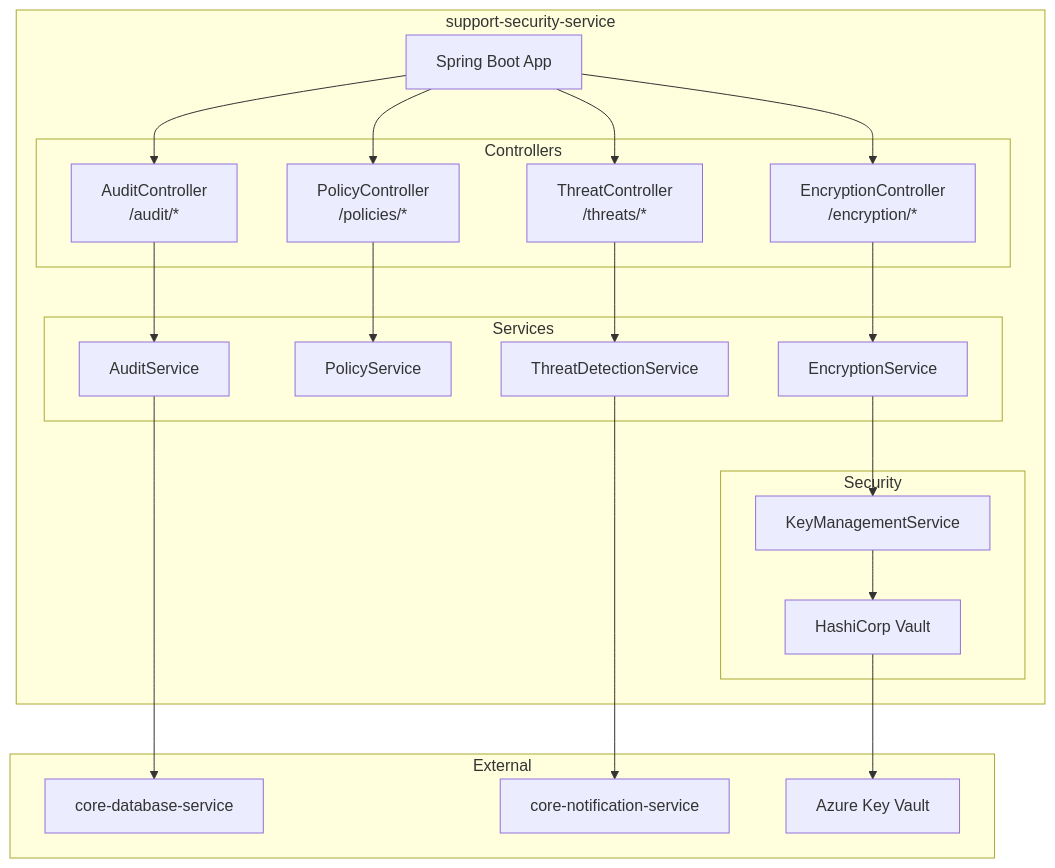
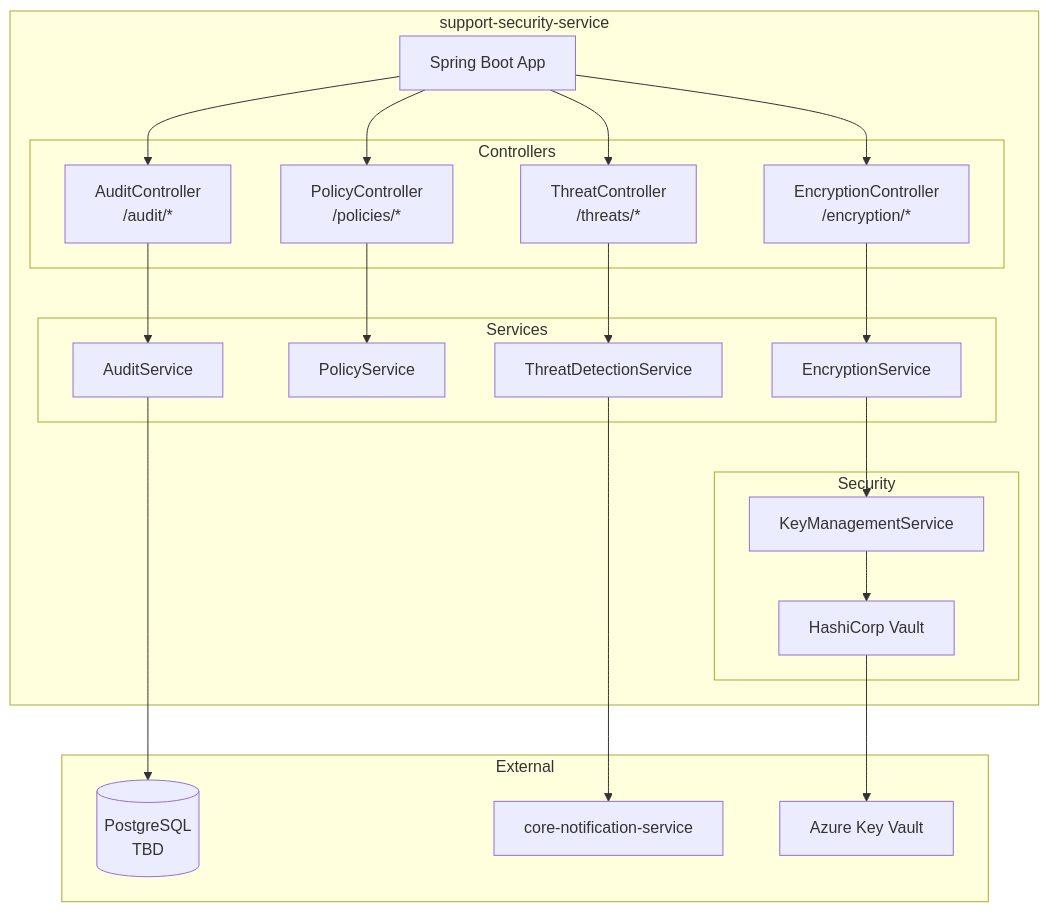
The first of 3 diagrams in microservices/support-security-service.md (VisioBook-ESP/docs-architecture), drawn with Mermaid before and after one commit. The commit also changed other lines of this file and 15 other files, not shown here.

````diff
--- a/microservices/support-security-service.md
+++ b/microservices/support-security-service.md
@@ -22,48 +22,48 @@
 ```mermaid
 graph TB
     subgraph "support-security-service"
         API[Spring Boot App]
 
         subgraph "Controllers"
             ENC[EncryptionController<br/>/encryption/*]
             POLICY[PolicyController<br/>/policies/*]
             AUDIT[AuditController<br/>/audit/*]
             THREAT[ThreatController<br/>/threats/*]
         end
 
         subgraph "Services"
             ENC_SVC[EncryptionService]
             POLICY_SVC[PolicyService]
             AUDIT_SVC[AuditService]
             THREAT_SVC[ThreatDetectionService]
         end
 
         subgraph "Security"
             KMS[KeyManagementService]
             VAULT[HashiCorp Vault]
         end
     end
 
     subgraph "External"
-        DB[core-database-service]
+        PG[(PostgreSQL<br/>TBD)]
         NOTIF[core-notification-service]
         AZURE_KV[Azure Key Vault]
     end
 
     API --> ENC
     API --> POLICY
     API --> AUDIT
     API --> THREAT
 
     ENC --> ENC_SVC
     POLICY --> POLICY_SVC
     AUDIT --> AUDIT_SVC
     THREAT --> THREAT_SVC
 
     ENC_SVC --> KMS
     KMS --> VAULT
     VAULT --> AZURE_KV
 
-    AUDIT_SVC --> DB
+    AUDIT_SVC --> PG
     THREAT_SVC --> NOTIF
 ```
````
